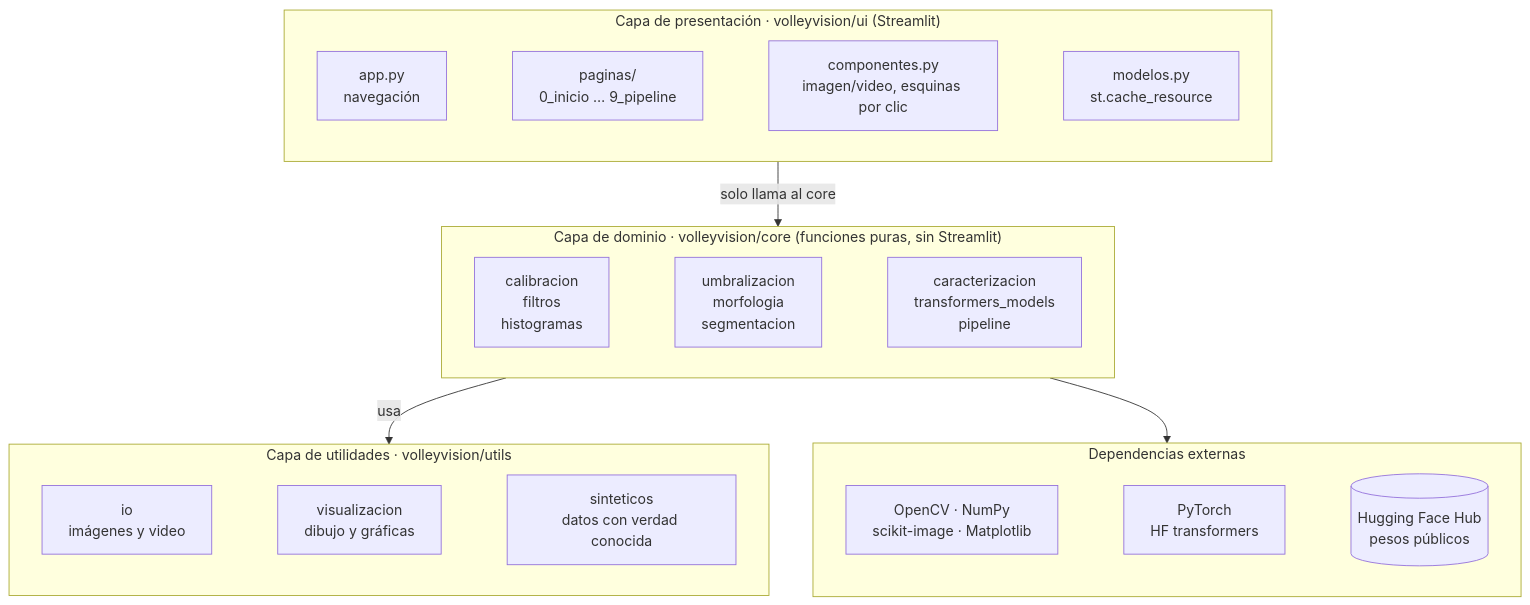
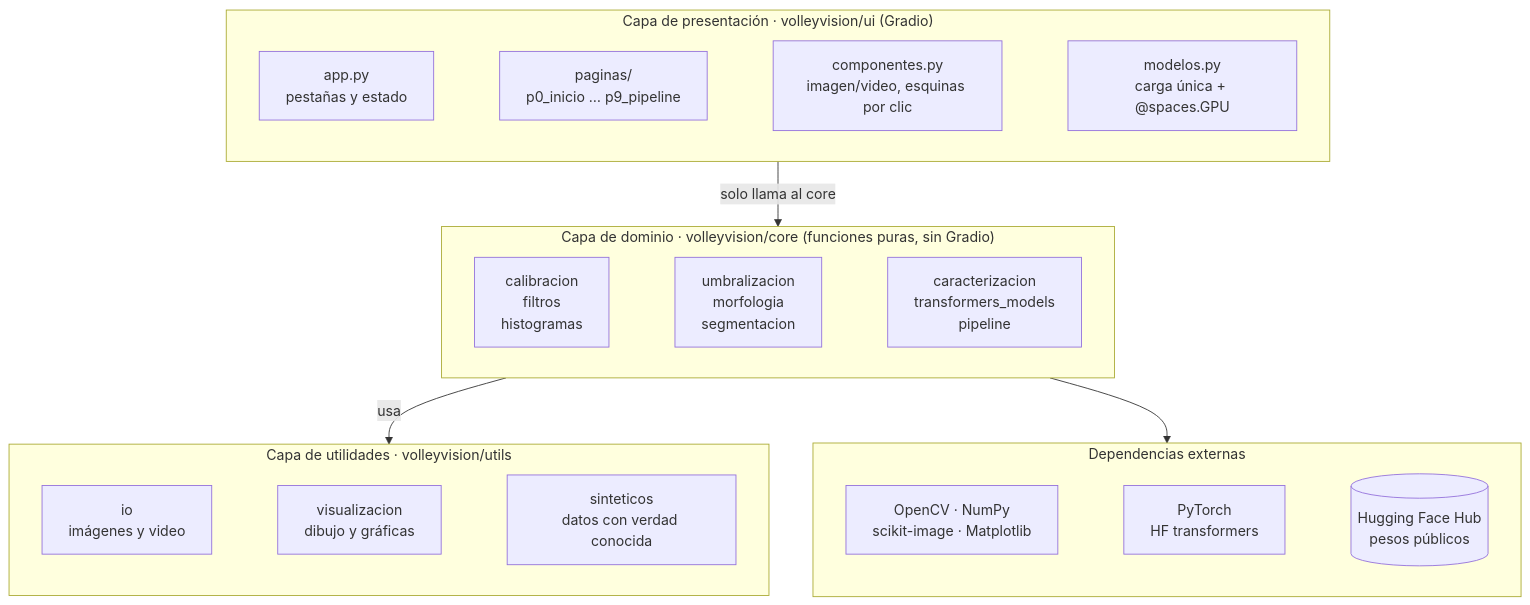
The second of 3 diagrams in README.md (Jeol28/Vision-Artificial), drawn with Mermaid before and after one commit. The commit also changed other lines of this file and 2 other files, not shown here.

Commit message:
docs: describir la interfaz en Gradio y el despliegue en Hugging Face Spaces con ZeroGPU

````diff
--- a/README.md
+++ b/README.md
@@ -200,22 +255,22 @@
 ```mermaid
 flowchart TB
-    subgraph UI["Capa de presentación · volleyvision/ui (Streamlit)"]
+    subgraph UI["Capa de presentación · volleyvision/ui (Gradio)"]
         direction LR
-        APP["app.py<br/>navegación"] ~~~ PAG["paginas/<br/>0_inicio … 9_pipeline"] ~~~ COMP["componentes.py<br/>imagen/video, esquinas por clic"] ~~~ MOD["modelos.py<br/>st.cache_resource"]
+        APP["app.py<br/>pestañas y estado"] ~~~ PAG["paginas/<br/>p0_inicio … p9_pipeline"] ~~~ COMP["componentes.py<br/>imagen/video, esquinas por clic"] ~~~ MOD["modelos.py<br/>carga única + @spaces.GPU"]
     end
-    subgraph CORE["Capa de dominio · volleyvision/core (funciones puras, sin Streamlit)"]
+    subgraph CORE["Capa de dominio · volleyvision/core (funciones puras, sin Gradio)"]
         direction LR
         C1["calibracion<br/>filtros<br/>histogramas"] ~~~ C2["umbralizacion<br/>morfologia<br/>segmentacion"] ~~~ C3["caracterizacion<br/>transformers_models<br/>pipeline"]
     end
     subgraph UTILS["Capa de utilidades · volleyvision/utils"]
         direction LR
         U1["io<br/>imágenes y video"] ~~~ U2["visualizacion<br/>dibujo y gráficas"] ~~~ U3["sinteticos<br/>datos con verdad conocida"]
     end
     subgraph EXT["Dependencias externas"]
         direction LR
         E1["OpenCV · NumPy<br/>scikit-image · Matplotlib"] ~~~ E2["PyTorch<br/>HF transformers"] ~~~ E3[("Hugging Face Hub<br/>pesos públicos")]
     end
     UI -->|"solo llama al core"| CORE
     CORE -->|"usa"| UTILS
     CORE --> EXT
 ```
````
